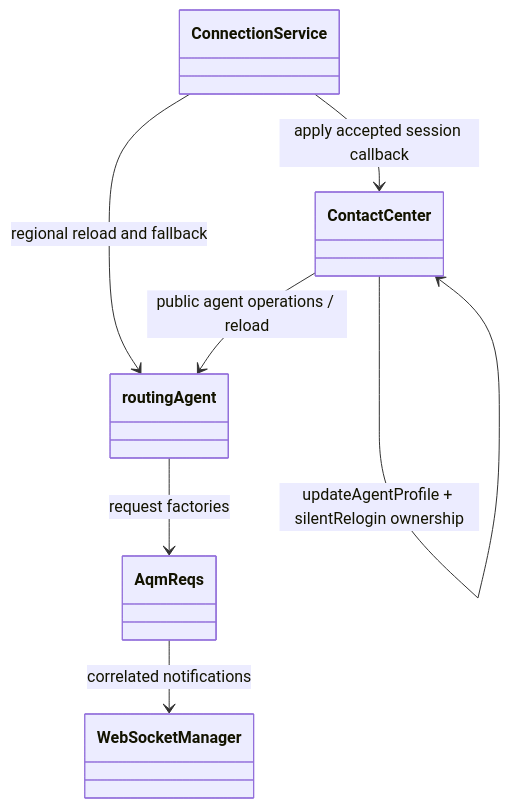
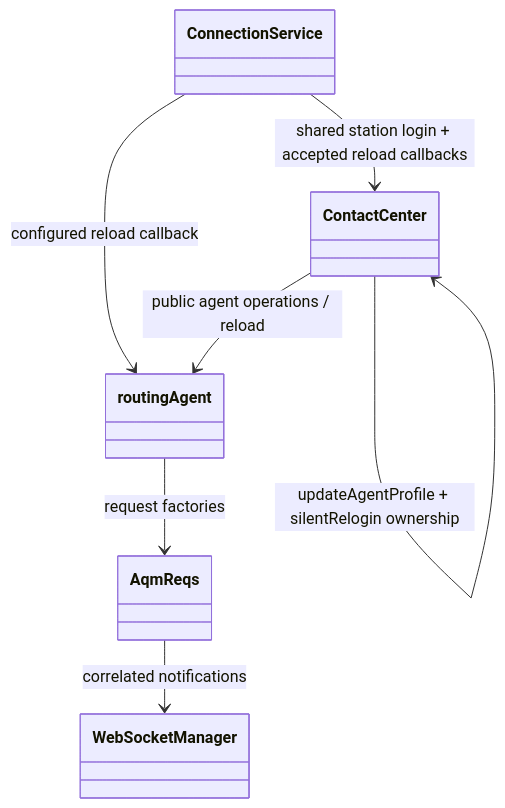
Before and after one commit to webex/webex-js-sdk: the seventh of 7 diagrams in packages/@webex/contact-center/src/services/agent/docs/README.md, drawn with Mermaid. The commit also changed other lines of this file and 11 other files, not shown here.

Commit message:
refactor(contact-center): share station recovery setup

````diff
--- a/packages/@webex/contact-center/src/services/agent/docs/README.md
+++ b/packages/@webex/contact-center/src/services/agent/docs/README.md
@@ -562,14 +563,14 @@
 ```mermaid
 classDiagram
   class ContactCenter
   class ConnectionService
   class routingAgent
   class AqmReqs
   class WebSocketManager
   ContactCenter --> routingAgent : public agent operations / reload
-  ConnectionService --> routingAgent : regional reload and fallback
-  ConnectionService --> ContactCenter : apply accepted session callback
+  ConnectionService --> routingAgent : configured reload callback
+  ConnectionService --> ContactCenter : shared station login + accepted reload callbacks
   routingAgent --> AqmReqs : request factories
   AqmReqs --> WebSocketManager : correlated notifications
   ContactCenter --> ContactCenter : updateAgentProfile + silentRelogin ownership
 ```
````
